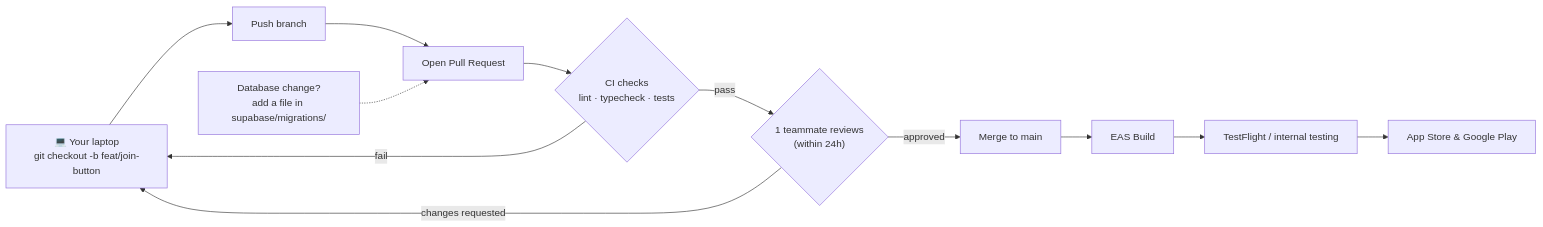
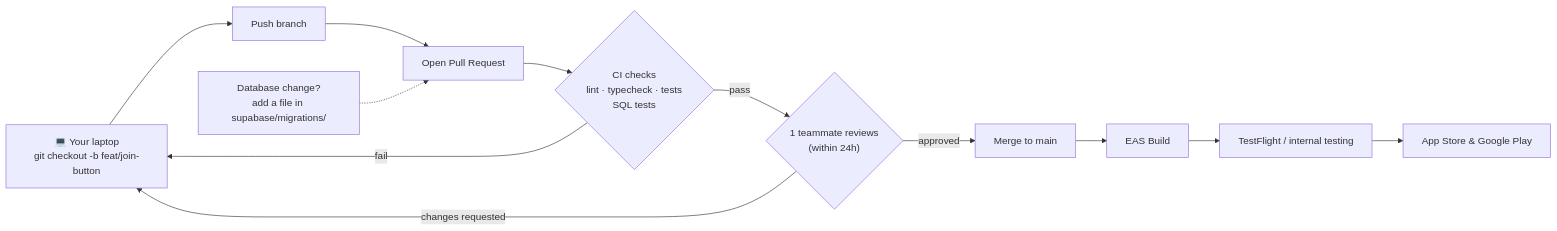
Before and after one commit to aymanlaassel/pantherplay: the eighth of 9 diagrams in docs/ARCHITECTURE.md, drawn with Mermaid. The commit also changed other lines of this file and 2 other files, not shown here.

Commit message:
Run the Supabase SQL tests in CI (W8-25) (#95) (#112)
Adds a database job to ci.yml that starts a Postgres-only local Supabase
(CLI 3.1.0), runs supabase db reset and supabase test db on every PR, so a
broken migration or RPC turns the check red. Updates the CI notes in
CLAUDE.md and docs/ARCHITECTURE.md.

````diff
--- a/docs/ARCHITECTURE.md
+++ b/docs/ARCHITECTURE.md
@@ -435,15 +435,15 @@
 ```mermaid
 flowchart LR
   A["💻 Your laptop<br/>git checkout -b feat/join-button"] --> B["Push branch"]
   B --> C["Open Pull Request"]
-  C --> D{"CI checks<br/>lint · typecheck · tests"}
+  C --> D{"CI checks<br/>lint · typecheck · tests<br/>SQL tests"}
   D -- fail --> A
   D -- pass --> E{"1 teammate reviews<br/>(within 24h)"}
   E -- changes requested --> A
   E -- approved --> F["Merge to main"]
   F --> G["EAS Build"]
   G --> H["TestFlight / internal testing"]
   H --> I["App Store & Google Play"]
 
   DBChange["Database change?<br/>add a file in supabase/migrations/"] -.-> C
 ```
````
